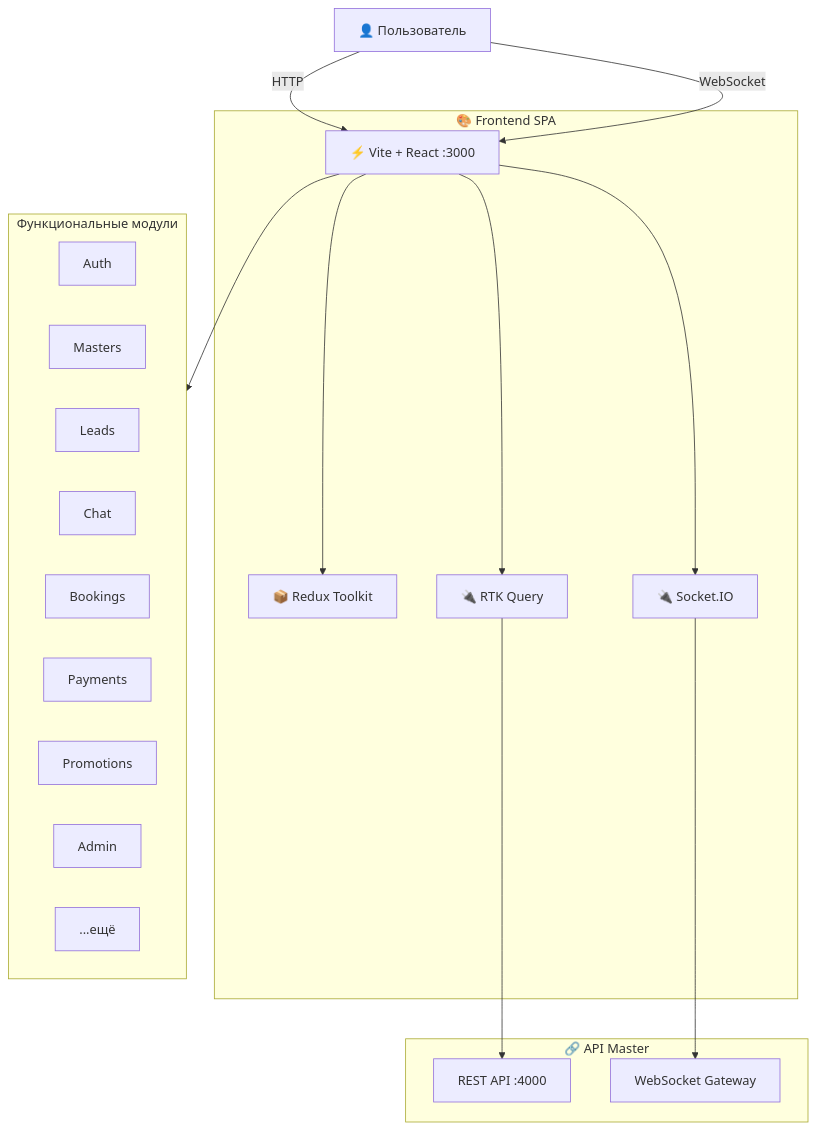
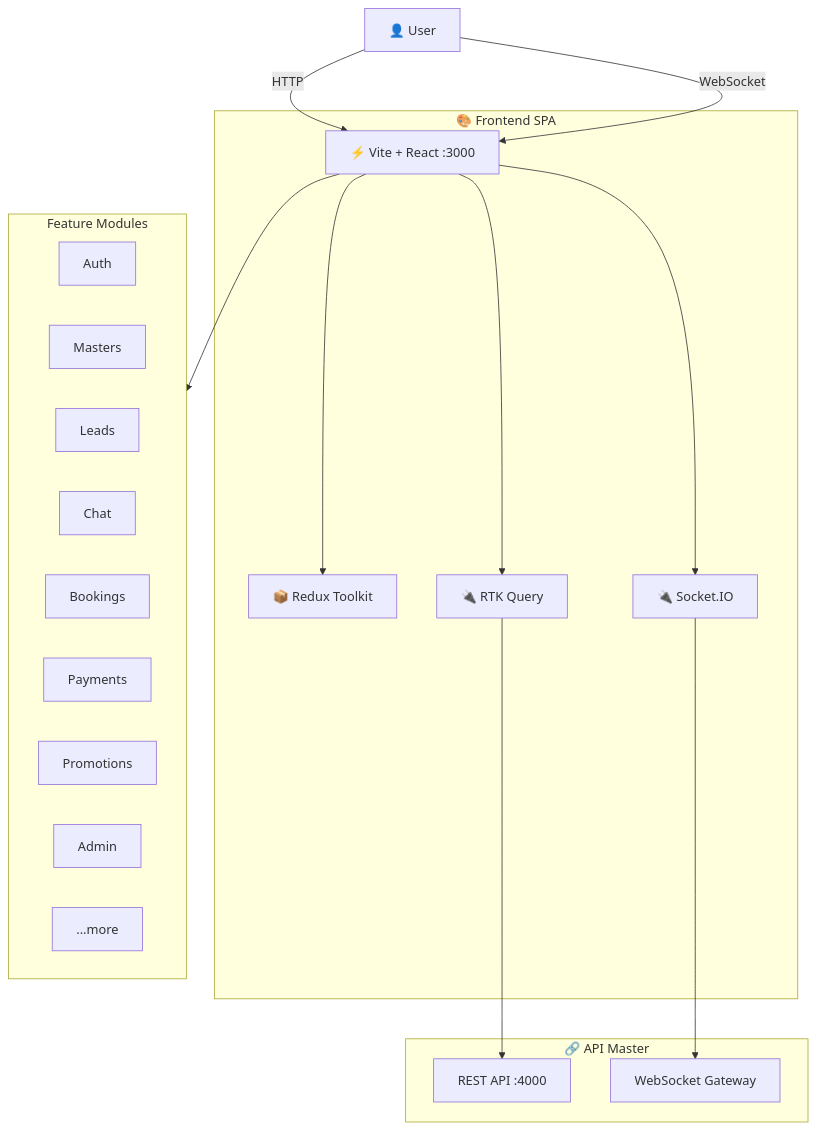
Before and after one commit to 1GoodCod1/frontend-master: the diagram in README.md, drawn with Mermaid. The commit also changed other lines of this file and 2 other files, not shown here.

````diff
--- a/README.md
+++ b/README.md
@@ -45,41 +45,41 @@
 ```mermaid
 graph TB
-    User["👤 Пользователь"]
+    User["👤 User"]
 
     User -->|HTTP| SPA
     User -->|WebSocket| SPA
 
     subgraph Frontend["🎨 Frontend SPA"]
         SPA["⚡ Vite + React :3000"]
         RTK["📦 Redux Toolkit"]
         API["🔌 RTK Query"]
         WS["🔌 Socket.IO"]
     end
 
     SPA --> RTK
     SPA --> API
     SPA --> WS
 
     subgraph Backend["🔗 API Master"]
         REST["REST API :4000"]
         WS_GW["WebSocket Gateway"]
     end
 
     API --> REST
     WS --> WS_GW
 
-    subgraph Features["Функциональные модули"]
+    subgraph Features["Feature Modules"]
         direction LR
         F1["Auth"]
         F2["Masters"]
         F3["Leads"]
         F4["Chat"]
         F5["Bookings"]
         F6["Payments"]
         F7["Promotions"]
         F8["Admin"]
-        F9["...ещё"]
+        F9["...more"]
     end
 
     SPA --> Features
 ```
````
